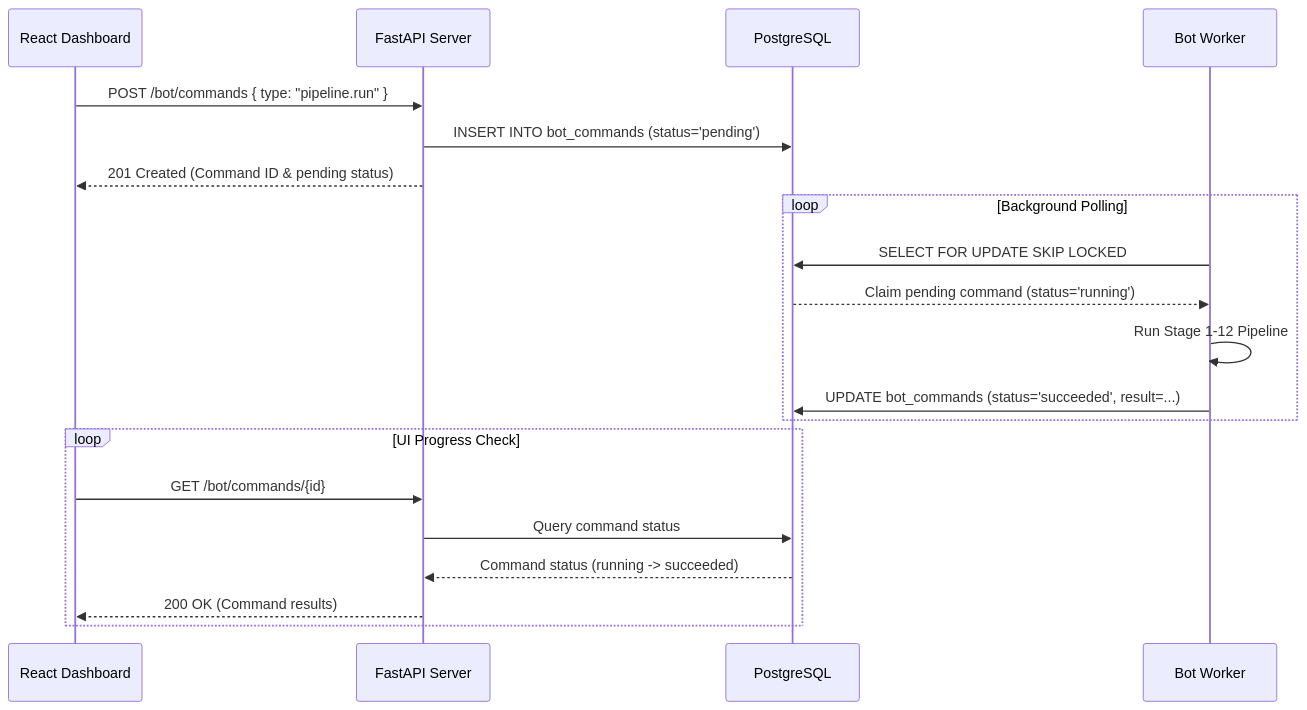
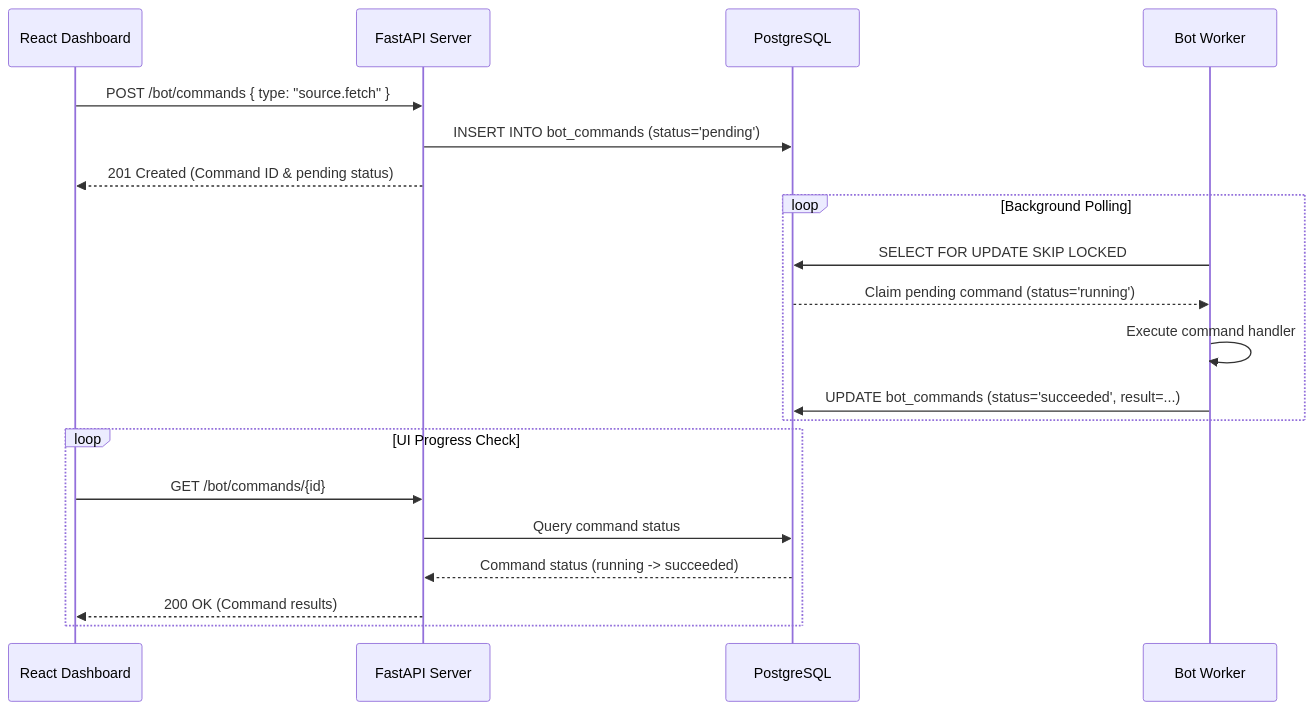
One commit to duyyudus/market-watch-assistant changed the diagram in docs/api_server.md. Above: the diagram before and after it, drawn with Mermaid. The commit also changed 11 other files, not shown here.

First line of the commit message:
refactor(worker): decouple command processing from pipeline execution

````diff
--- a/docs/api_server.md
+++ b/docs/api_server.md
@@ -27,25 +27,25 @@
 ```mermaid
 sequenceDiagram
     participant UI as React Dashboard
     participant API as FastAPI Server
     participant DB as PostgreSQL
     participant Worker as Bot Worker
 
-    UI->>API: POST /bot/commands { type: "pipeline.run" }
+    UI->>API: POST /bot/commands { type: "source.fetch" }
     API->>DB: INSERT INTO bot_commands (status='pending')
     API-->>UI: 201 Created (Command ID & pending status)
     
     loop Background Polling
         Worker->>DB: SELECT FOR UPDATE SKIP LOCKED
         DB-->>Worker: Claim pending command (status='running')
-        Worker->>Worker: Run Stage 1-12 Pipeline
+        Worker->>Worker: Execute command handler
         Worker->>DB: UPDATE bot_commands (status='succeeded', result=...)
     end
 
     loop UI Progress Check
         UI->>API: GET /bot/commands/{id}
         API->>DB: Query command status
         DB-->>API: Command status (running -> succeeded)
         API-->>UI: 200 OK (Command results)
     end
 ```
````
